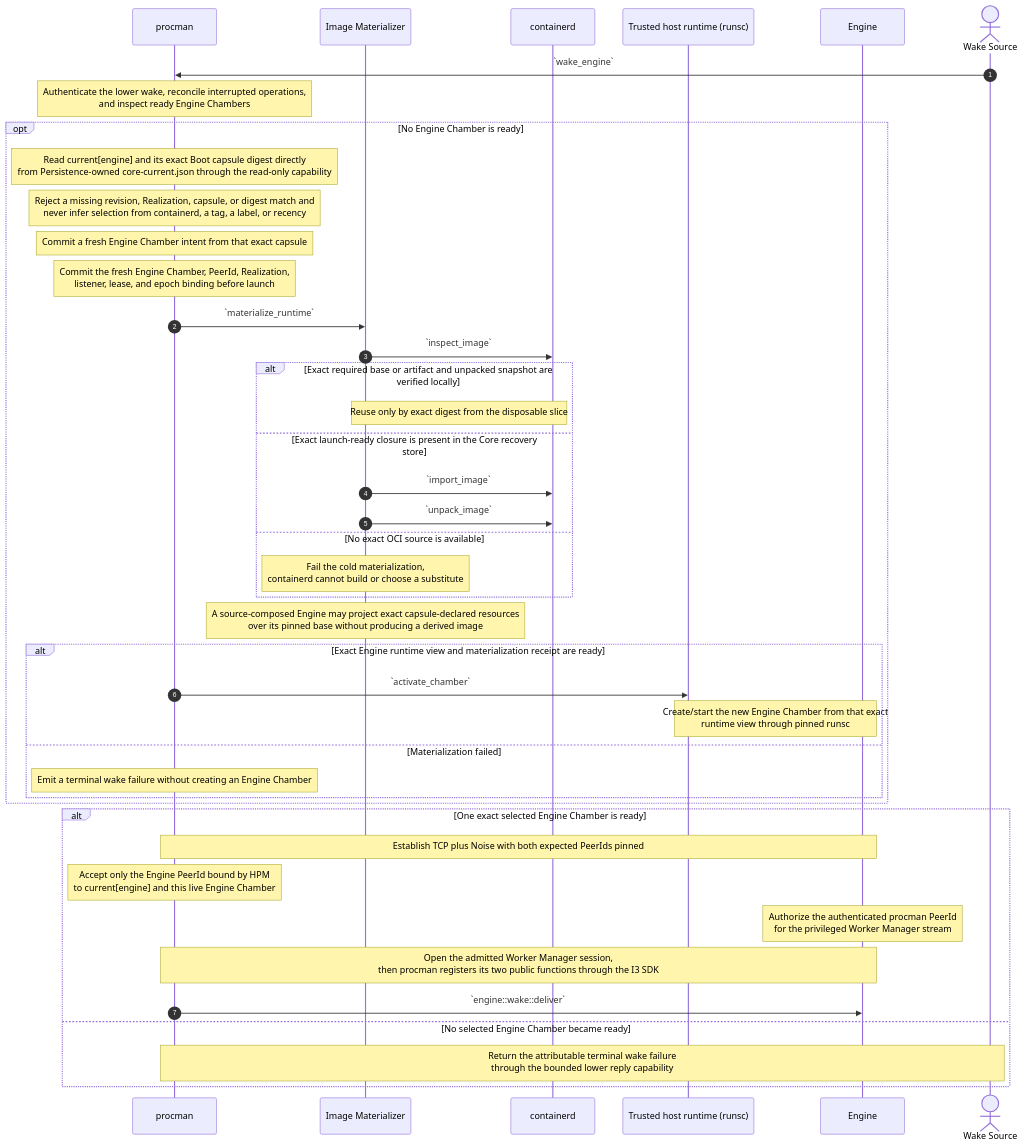
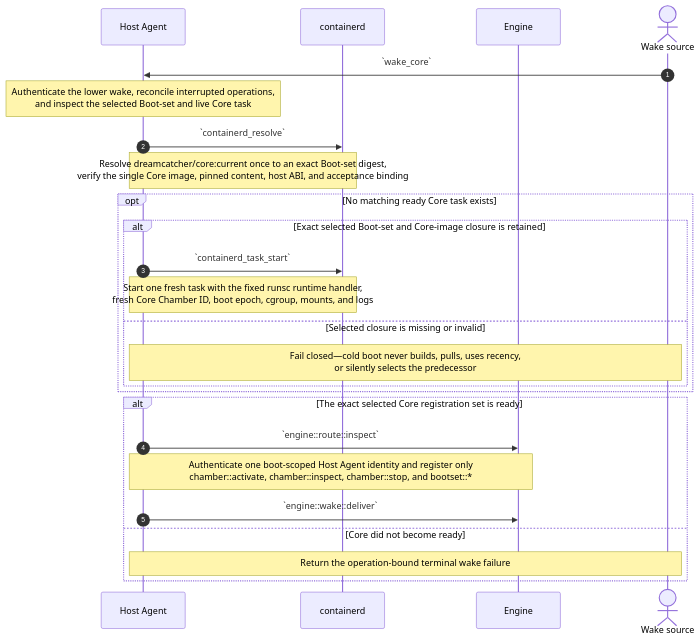
One commit to dreamcatcher-tech/chambers-lifecycle-explorer changed the fourth of 15 diagrams in source/chambers-lifecycle-sequences.md. Above: the diagram before and after it, drawn with Mermaid. The commit also changed other lines of this file and 8 other files, not shown here.

Commit message:
docs: sync single-image Core lifecycle

````diff
--- a/source/chambers-lifecycle-sequences.md
+++ b/source/chambers-lifecycle-sequences.md
@@ -817,47 +683,30 @@
 ```mermaid
 sequenceDiagram
     autonumber
-    participant procman
-    participant Materializer as Image Materializer
+    participant HostAgent as Host Agent
     participant containerd
-    participant Runtime as Trusted host runtime (runsc)
     participant Engine
-    actor Wake as Wake Source
+    actor Wake as Wake source
 
-    Wake->>procman: `wake_engine`
-    Note over procman: Authenticate the lower wake, reconcile interrupted operations,<br/>and inspect ready Engine Chambers
+    Wake->>HostAgent: `wake_core`
+    Note over HostAgent: Authenticate the lower wake, reconcile interrupted operations,<br/>and inspect the selected Boot-set and live Core task
+    HostAgent->>containerd: `containerd_resolve`
+    Note over HostAgent,containerd: Resolve dreamcatcher/core:current once to an exact Boot-set digest,<br/>verify the single Core image, pinned content, host ABI, and acceptance binding
 
-    opt No Engine Chamber is ready
-        Note over procman: Read current[engine] and its exact Boot capsule digest directly<br/>from Persistence-owned core-current.json through the read-only capability
-        Note over procman: Reject a missing revision, Realization, capsule, or digest match and<br/>never infer selection from containerd, a tag, a label, or recency
-        Note over procman: Commit a fresh Engine Chamber intent from that exact capsule
-        Note over procman: Commit the fresh Engine Chamber, PeerId, Realization,<br/>listener, lease, and epoch binding before launch
-        procman->>Materializer: `materialize_runtime`
-        Materializer->>containerd: `inspect_image`
-        alt Exact required base or artifact and unpacked snapshot are verified locally
-            Note over Materializer,containerd: Reuse only by exact digest from the disposable slice
-        else Exact launch-ready closure is present in the Core recovery store
-            Materializer->>containerd: `import_image`
-            Materializer->>containerd: `unpack_image`
-        else No exact OCI source is available
-            Note over Materializer: Fail the cold materialization,<br/>containerd cannot build or choose a substitute
-        end
-        Note over Materializer: A source-composed Engine may project exact capsule-declared resources<br/>over its pinned base without producing a derived image
-        alt Exact Engine runtime view and materialization receipt are ready
-            procman->>Runtime: `activate_chamber`
-            Note over Runtime,Engine: Create/start the new Engine Chamber from that exact<br/>runtime view through pinned runsc
-        else Materialization failed
-            Note over procman: Emit a terminal wake failure without creating an Engine Chamber
+    opt No matching ready Core task exists
+        alt Exact selected Boot-set and Core-image closure is retained
+            HostAgent->>containerd: `containerd_task_start`
+            Note over HostAgent,containerd: Start one fresh task with the fixed runsc runtime handler,<br/>fresh Core Chamber ID, boot epoch, cgroup, mounts, and logs
+        else Selected closure is missing or invalid
+            Note over HostAgent,Wake: Fail closed—cold boot never builds, pulls, uses recency,<br/>or silently selects the predecessor
         end
     end
 
-    alt One exact selected Engine Chamber is ready
-        Note over procman,Engine: Establish TCP plus Noise with both expected PeerIds pinned
-        Note over procman: Accept only the Engine PeerId bound by HPM<br/>to current[engine] and this live Engine Chamber
-        Note over Engine: Authorize the authenticated procman PeerId<br/>for the privileged Worker Manager stream
-        Note over procman,Engine: Open the admitted Worker Manager session,<br/>then procman registers its two public functions through the I3 SDK
-        procman->>Engine: `engine::wake::deliver`
-    else No selected Engine Chamber became ready
-        Note over procman,Wake: Return the attributable terminal wake failure<br/>through the bounded lower reply capability
+    alt The exact selected Core registration set is ready
+        HostAgent->>Engine: `engine::route::inspect`
+        Note over HostAgent,Engine: Authenticate one boot-scoped Host Agent identity and register only<br/>chamber::activate, chamber::inspect, chamber::stop, and bootset::*
+        HostAgent->>Engine: `engine::wake::deliver`
+    else Core did not become ready
+        Note over HostAgent,Wake: Return the operation-bound terminal wake failure
     end
 ```
````
